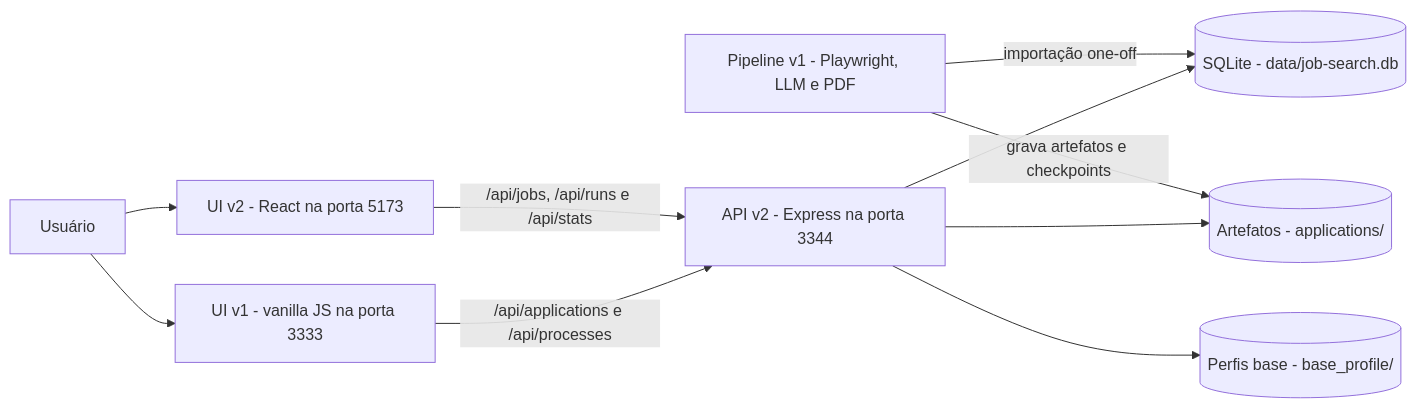
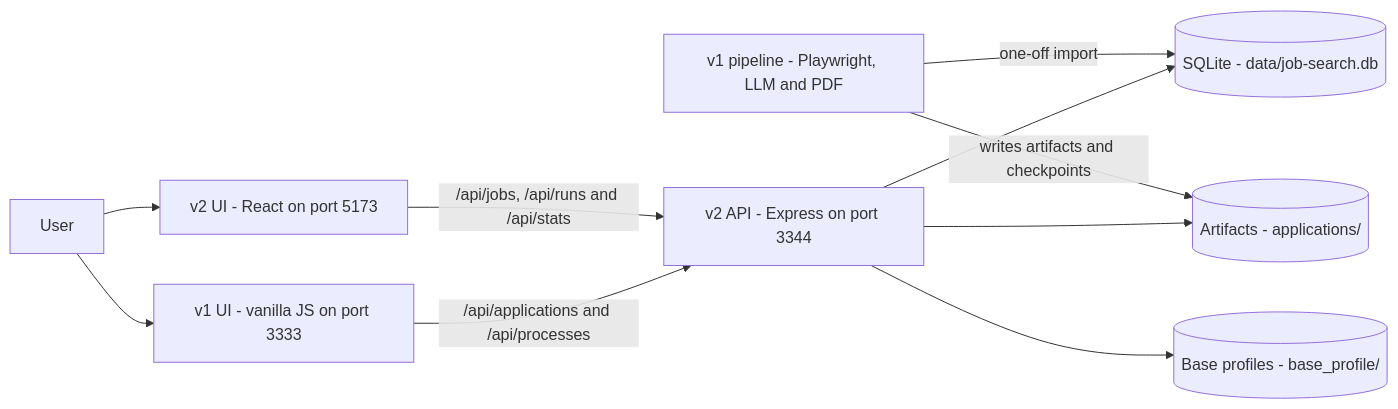
Before and after one commit to HDias/job-search: the first of 7 diagrams in docs/architecture.md, drawn with Mermaid. The commit also changed other lines of this file and 29 other files, not shown here.

````diff
--- a/docs/architecture.md
+++ b/docs/architecture.md
@@ -17,21 +17,21 @@
 ```mermaid
 flowchart LR
-  USER["Usuário"]
-  UI1["UI v1 - vanilla JS na porta 3333"]
-  UI2["UI v2 - React na porta 5173"]
-  API["API v2 - Express na porta 3344"]
-  PIPE["Pipeline v1 - Playwright, LLM e PDF"]
+  USER["User"]
+  UI1["v1 UI - vanilla JS on port 3333"]
+  UI2["v2 UI - React on port 5173"]
+  API["v2 API - Express on port 3344"]
+  PIPE["v1 pipeline - Playwright, LLM and PDF"]
   DB[("SQLite - data/job-search.db")]
-  FS[("Artefatos - applications/")]
-  BASE[("Perfis base - base_profile/")]
+  FS[("Artifacts - applications/")]
+  BASE[("Base profiles - base_profile/")]
 
   USER --> UI1
   USER --> UI2
-  UI1 -->|"/api/applications e /api/processes"| API
-  UI2 -->|"/api/jobs, /api/runs e /api/stats"| API
+  UI1 -->|"/api/applications and /api/processes"| API
+  UI2 -->|"/api/jobs, /api/runs and /api/stats"| API
   API --> DB
   API --> FS
   API --> BASE
-  PIPE -->|"grava artefatos e checkpoints"| FS
-  PIPE -->|"importação one-off"| DB
+  PIPE -->|"writes artifacts and checkpoints"| FS
+  PIPE -->|"one-off import"| DB
 ```
````
